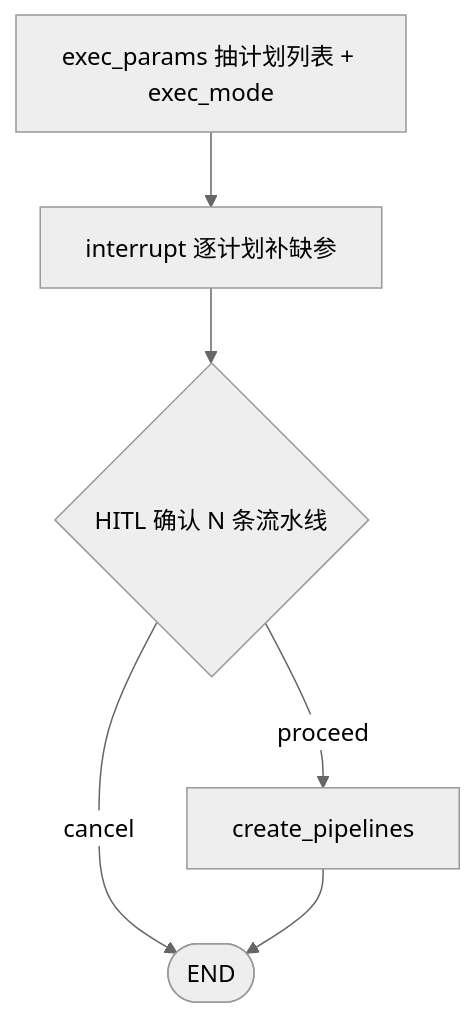
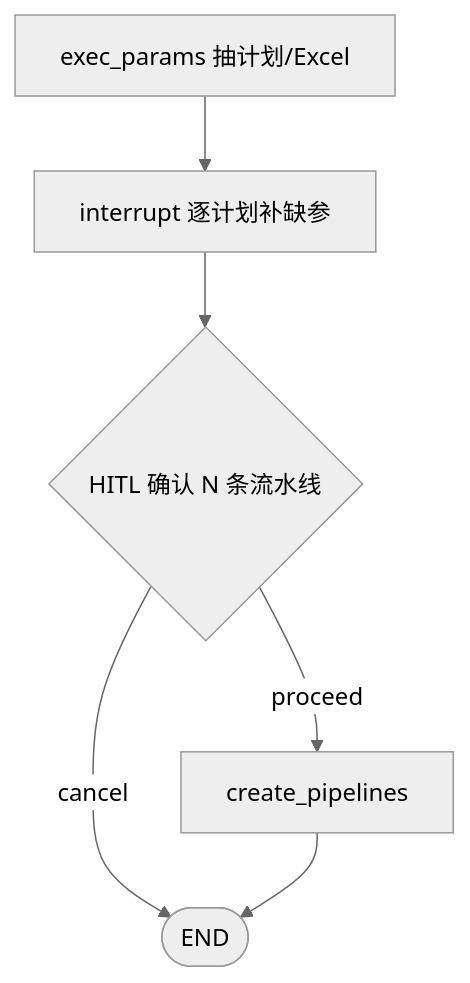
One commit to LuukkaToT/work_agent changed the third of 5 diagrams in docs/architecture.md. Above: the diagram before and after it, drawn with Mermaid (neutral theme). The commit also changed other lines of this file and 24 other files, not shown here.

````diff
--- a/docs/architecture.md
+++ b/docs/architecture.md
@@ -133,8 +131,8 @@
 ```mermaid
 flowchart TD
-  Params["exec_params 抽计划列表 + exec_mode"] --> AskMissing["interrupt 逐计划补缺参"]
+  Params["exec_params 抽计划/Excel"] --> AskMissing["interrupt 逐计划补缺参"]
   AskMissing --> Confirm{"HITL 确认 N 条流水线"}
   Confirm -->|"cancel"| EndNode(["END"])
   Confirm -->|"proceed"| Create["create_pipelines"]
   Create --> EndNode
 ```
````
